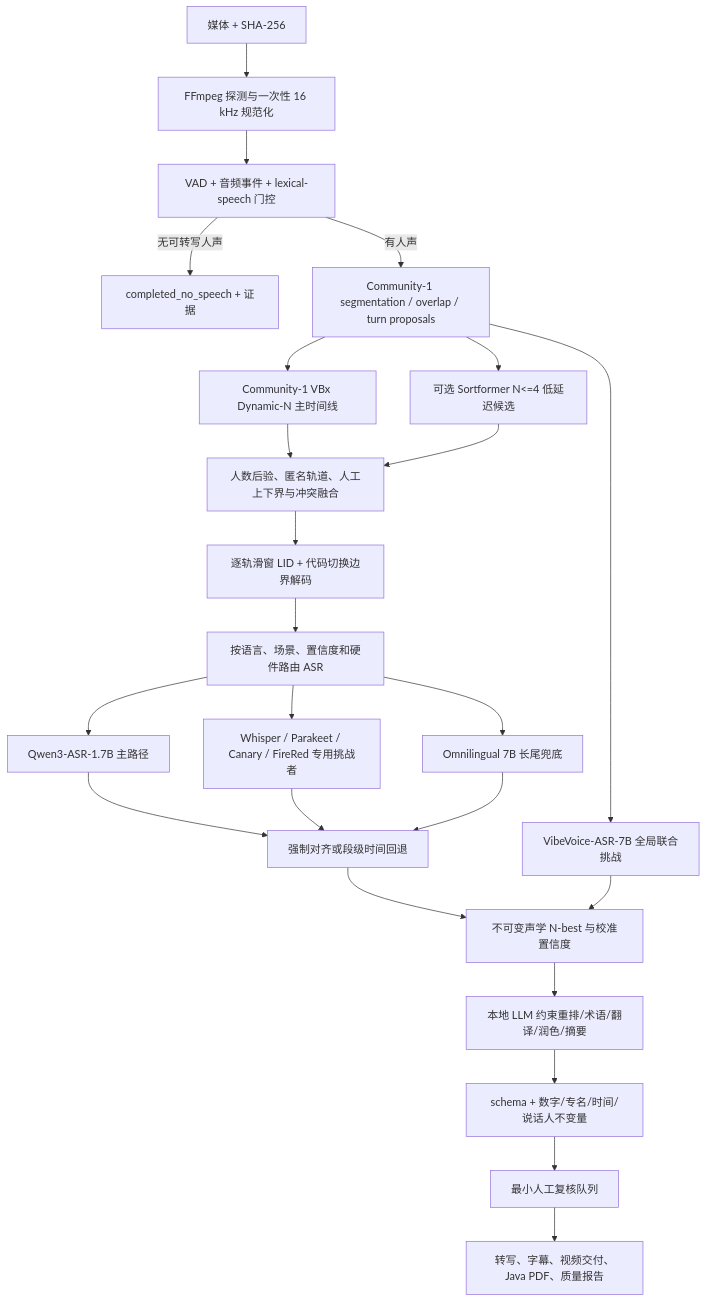
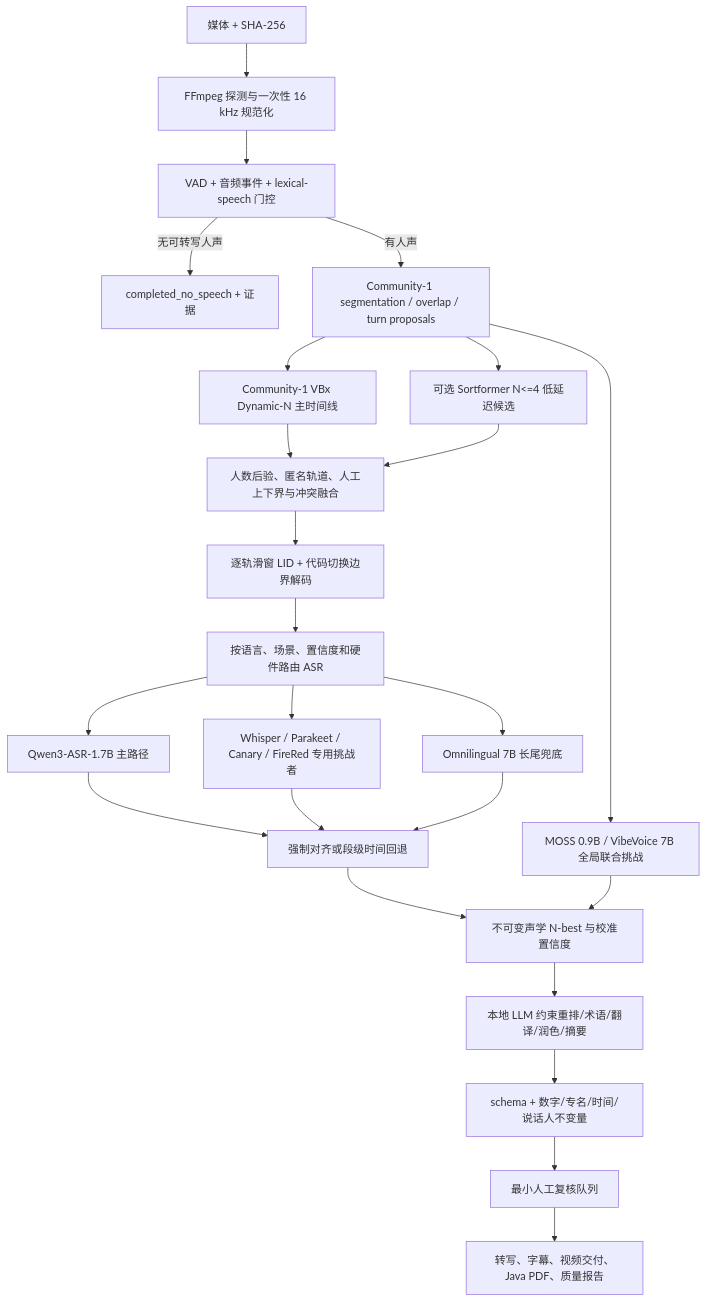
Before and after one commit to 3351666087/MediaTranscribeStudio: the diagram in docs/refactor/FLAGSHIP_SPEECH_ARCHITECTURE.md, drawn with Mermaid. The commit also changed other lines of this file and 7 other files, not shown here.

````diff
--- a/docs/refactor/FLAGSHIP_SPEECH_ARCHITECTURE.md
+++ b/docs/refactor/FLAGSHIP_SPEECH_ARCHITECTURE.md
@@ -50,26 +54,26 @@
 ```mermaid
 flowchart TD
   INPUT["媒体 + SHA-256"] --> PROBE["FFmpeg 探测与一次性 16 kHz 规范化"]
   PROBE --> GATE["VAD + 音频事件 + lexical-speech 门控"]
   GATE -->|"无可转写人声"| NOSPEECH["completed_no_speech + 证据"]
   GATE -->|"有人声"| SEG["Community-1 segmentation / overlap / turn proposals"]
   SEG --> DIAR["Community-1 VBx Dynamic-N 主时间线"]
   SEG --> FAST["可选 Sortformer N<=4 低延迟候选"]
   DIAR --> FUSION["人数后验、匿名轨道、人工上下界与冲突融合"]
   FAST --> FUSION
   FUSION --> LID["逐轨滑窗 LID + 代码切换边界解码"]
   LID --> ROUTER["按语言、场景、置信度和硬件路由 ASR"]
   ROUTER --> QWEN["Qwen3-ASR-1.7B 主路径"]
   ROUTER --> SPECIALIST["Whisper / Parakeet / Canary / FireRed 专用挑战者"]
   ROUTER --> OMNI["Omnilingual 7B 长尾兜底"]
   QWEN --> ALIGN["强制对齐或段级时间回退"]
   SPECIALIST --> ALIGN
   OMNI --> ALIGN
   ALIGN --> NBEST["不可变声学 N-best 与校准置信度"]
-  SEG --> JOINT["VibeVoice-ASR-7B 全局联合挑战"]
+  SEG --> JOINT["MOSS 0.9B / VibeVoice 7B 全局联合挑战"]
   JOINT --> NBEST
   NBEST --> LLM["本地 LLM 约束重排/术语/翻译/润色/摘要"]
   LLM --> VALIDATE["schema + 数字/专名/时间/说话人不变量"]
   VALIDATE --> REVIEW["最小人工复核队列"]
   REVIEW --> OUTPUT["转写、字幕、视频交付、Java PDF、质量报告"]
 ```
````
